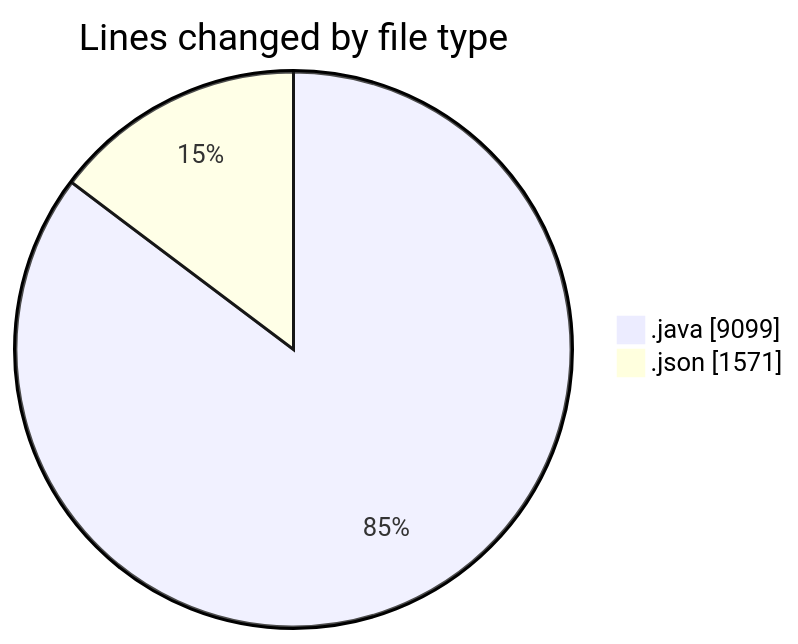
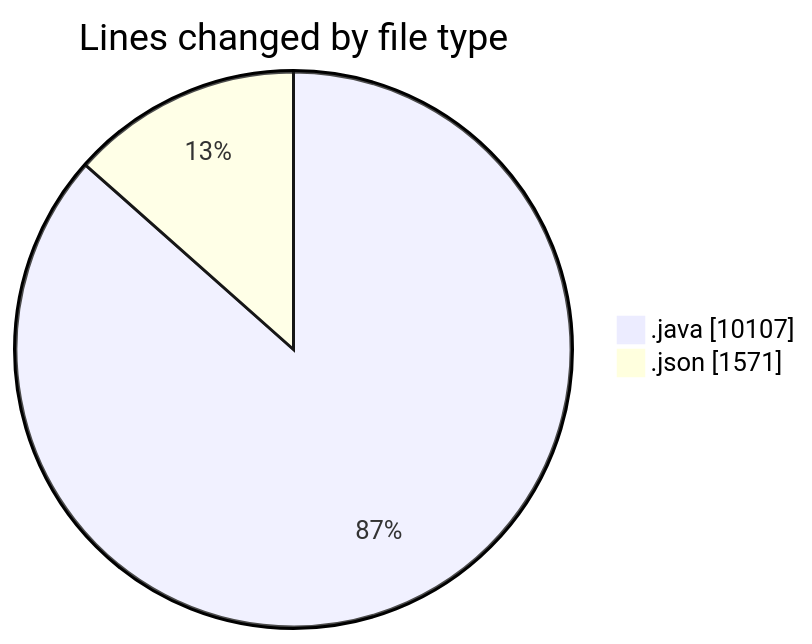
The first of 2 diagrams in 2026-09-03/cilapp/README.md (ricardozamudiocil/code-tracking), drawn with Mermaid before and after one commit. The commit also changed other lines of this file and 1 other file, not shown here.

````diff
--- a/2026-09-03/cilapp/README.md
+++ b/2026-09-03/cilapp/README.md
@@ -24,6 +25,6 @@
 ```mermaid
 pie showData
 title Lines changed by file type
-".java" : 9099
+".java" : 10107
 ".json" : 1571
 ```
````
